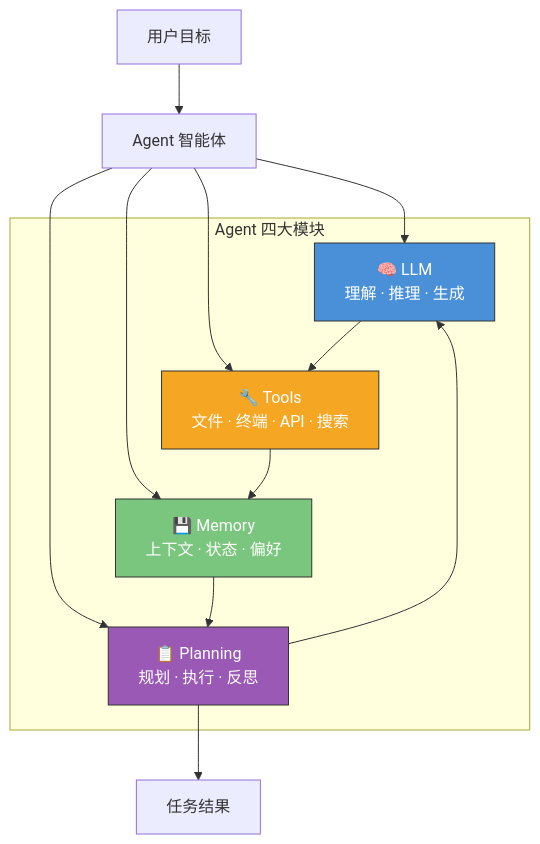
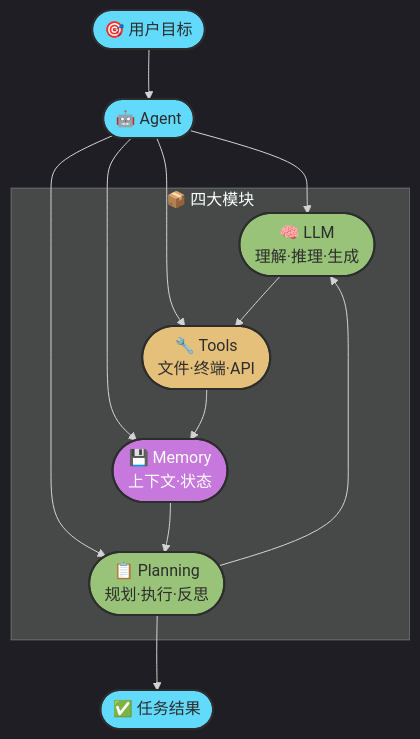
Before and after one commit to zht043/AgenticCodingTutorial: the first of 9 diagrams in docs/ch02-concepts/part-2-concepts.md, drawn with Mermaid. The commit also changed other lines of this file and 53 other files, not shown here.

First line of the commit message:
feat: 重构文档结构，新增章节并优化 mermaid 图表

````diff
--- a/docs/ch02-concepts/part-2-concepts.md
+++ b/docs/ch02-concepts/part-2-concepts.md
@@ -42,28 +40,33 @@
 ```mermaid
+---
+config:
+  theme: dark
+---
 flowchart TB
-    U[用户目标] --> AG[Agent 智能体]
+    classDef startEnd fill:#61dafb,stroke:#2d2d2d,stroke-width:2px,color:#2d2d2d
+    classDef llm fill:#98c379,stroke:#2d2d2d,stroke-width:2px,color:#2d2d2d
+    classDef memory fill:#c678dd,stroke:#2d2d2d,stroke-width:2px,color:#fff
+    classDef tools fill:#e5c07b,stroke:#2d2d2d,stroke-width:2px,color:#2d2d2d
+    classDef plan fill:#98c379,stroke:#2d2d2d,stroke-width:2px,color:#2d2d2d
 
-    subgraph Agent["Agent 四大模块"]
-        LLM["🧠 LLM<br/>理解 · 推理 · 生成"]
-        MEM["💾 Memory<br/>上下文 · 状态 · 偏好"]
-        TOOLS["🔧 Tools<br/>文件 · 终端 · API · 搜索"]
-        PLAN["📋 Planning<br/>规划 · 执行 · 反思"]
+    U(["🎯 用户目标"]):::startEnd --> AG(["🤖 Agent"]):::startEnd
+
+    subgraph Agent["📦 四大模块"]
+        LLM(["🧠 LLM<br/>理解·推理·生成"]):::llm
+        MEM(["💾 Memory<br/>上下文·状态"]):::memory
+        TOOLS(["🔧 Tools<br/>文件·终端·API"]):::tools
+        PLAN(["📋 Planning<br/>规划·执行·反思"]):::plan
     end
 
     AG --> LLM
     AG --> MEM
     AG --> TOOLS
     AG --> PLAN
 
     PLAN --> LLM
     LLM --> TOOLS
     TOOLS --> MEM
     MEM --> PLAN
 
-    PLAN --> RES[任务结果]
-
-    style LLM fill:#4A90D9,stroke:#333,color:#fff
-    style MEM fill:#7BC67E,stroke:#333,color:#fff
-    style TOOLS fill:#F5A623,stroke:#333,color:#fff
-    style PLAN fill:#9B59B6,stroke:#333,color:#fff
+    PLAN --> RES(["✅ 任务结果"]):::startEnd
 ```
````
